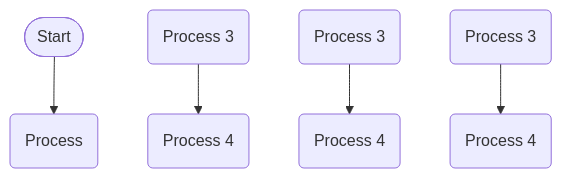
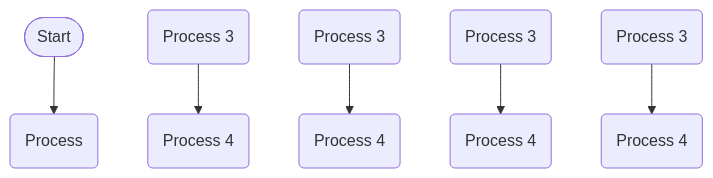
The diagram in mmd/123_03dcaacf-7344-46b4-825a-33c6aabd6103.mmd (pingpm/mermaid_vault), drawn with Mermaid before and after one commit. The commit also changed 3 other files, not shown here.

Commit message:
Sync Mermaid Studio data (27 diagrams)

```diff
--- a/mmd/123_03dcaacf-7344-46b4-825a-33c6aabd6103.mmd
+++ b/mmd/123_03dcaacf-7344-46b4-825a-33c6aabd6103.mmd
@@ -1,13 +1,16 @@
 flowchart TD
   n_0(["Start"])
   n_1("Process")
   n_2("Process 3")
   n_3("Process 4")
   n_4("Process 3")
   n_5("Process 4")
   n_6("Process 3")
   n_7("Process 4")
+  n_8("Process 3")
+  n_9("Process 4")
   n_0 --> n_1
   n_2 --> n_3
   n_4 --> n_5
   n_6 --> n_7
+  n_8 --> n_9
```
